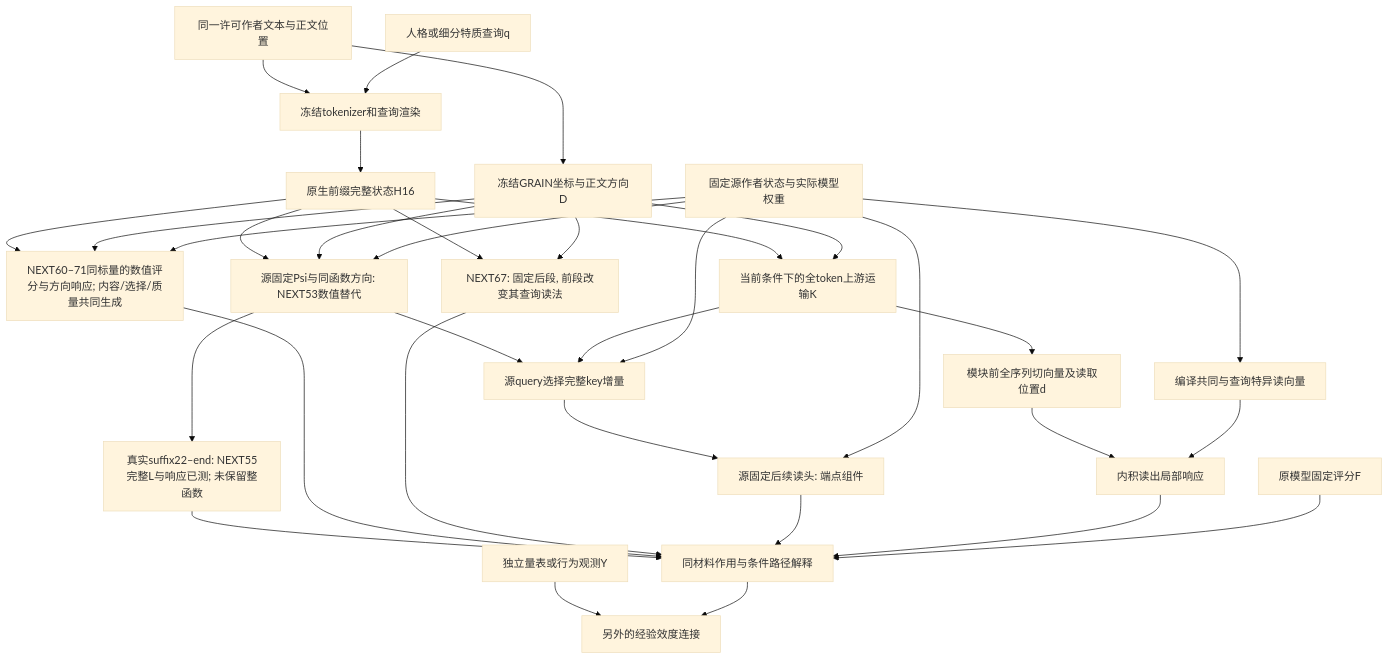
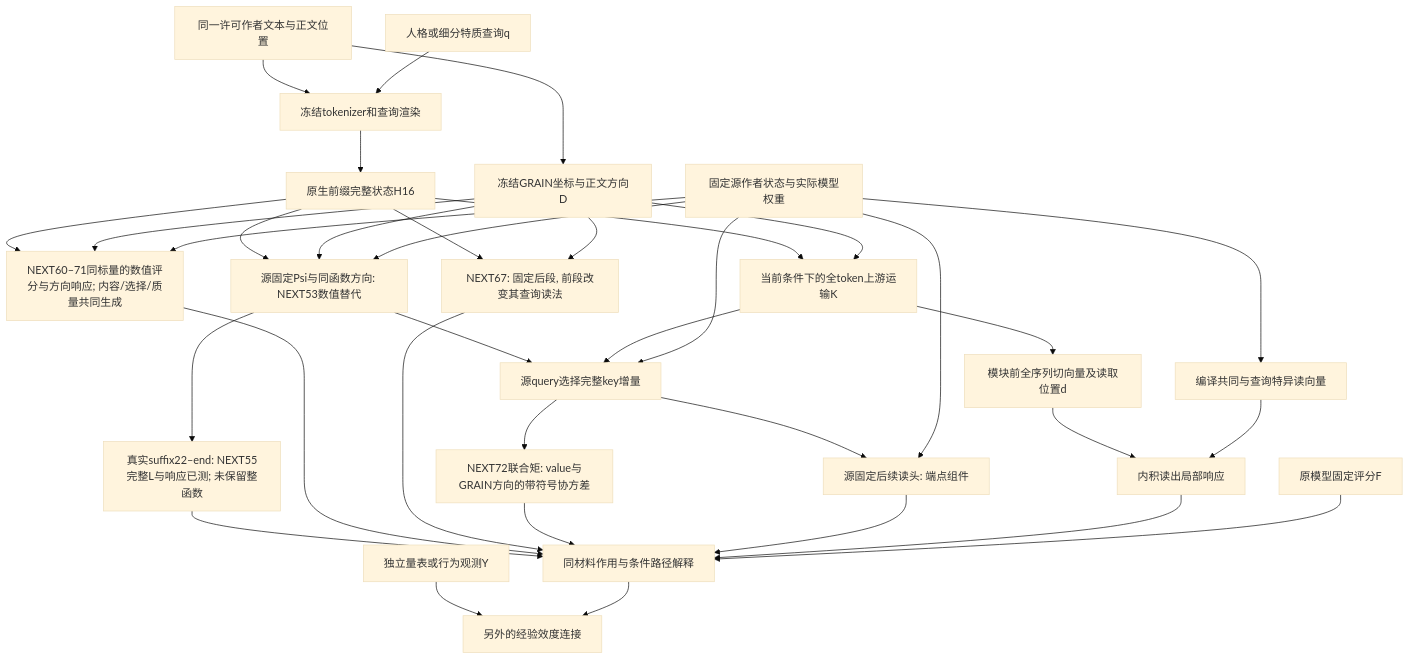
Before and after one commit to reiserhhh/GRAIN: the diagram in docs/GRAIN_UPSTREAM_MECHANISM_INTEGRATION_V1.md, drawn with Mermaid (base theme). The commit also changed other lines of this file and 13 other files, not shown here.

````diff
--- a/docs/GRAIN_UPSTREAM_MECHANISM_INTEGRATION_V1.md
+++ b/docs/GRAIN_UPSTREAM_MECHANISM_INTEGRATION_V1.md
@@ -8,35 +8,37 @@
 ```mermaid
 flowchart TD
   T[同一许可作者文本与正文位置] --> G[冻结GRAIN坐标与正文方向D]
   T --> R[冻结tokenizer和查询渲染]
   Q[人格或细分特质查询q] --> R
   R --> H[原生前缀完整状态H16]
   H --> K[当前条件下的全token上游运输K]
   H --> P[源固定Psi与同函数方向: NEXT53数值替代]
   G --> P
   S --> P
   P --> U
   P --> W[真实suffix22–end: NEXT55完整L与响应已测; 未保留整函数]
   W --> J
   H --> Z[NEXT60–71同标量的数值评分与方向响应; 内容/选择/质量共同生成]
   G --> Z
   S --> Z
   Z --> J
   H --> I[NEXT67: 固定后段, 前段改变其查询读法]
   G --> I
   I --> J
   G --> K
   K --> D[模块前全序列切向量及读取位置d]
   S[固定源作者状态与实际模型权重] --> V[编译共同与查询特异读向量]
   D --> A[内积读出局部响应]
   V --> A
   K --> U[源query选择完整key增量]
   S --> U
+  U --> M[NEXT72联合矩: value与GRAIN方向的带符号协方差]
+  M --> J
   U --> C[源固定后续读头: 端点组件]
   S --> C
   C --> J
   A --> J[同材料作用与条件路径解释]
   F[原模型固定评分F] --> J
   Y[独立量表或行为观测Y] --> E[另外的经验效度连接]
   J --> E
 ```
````
